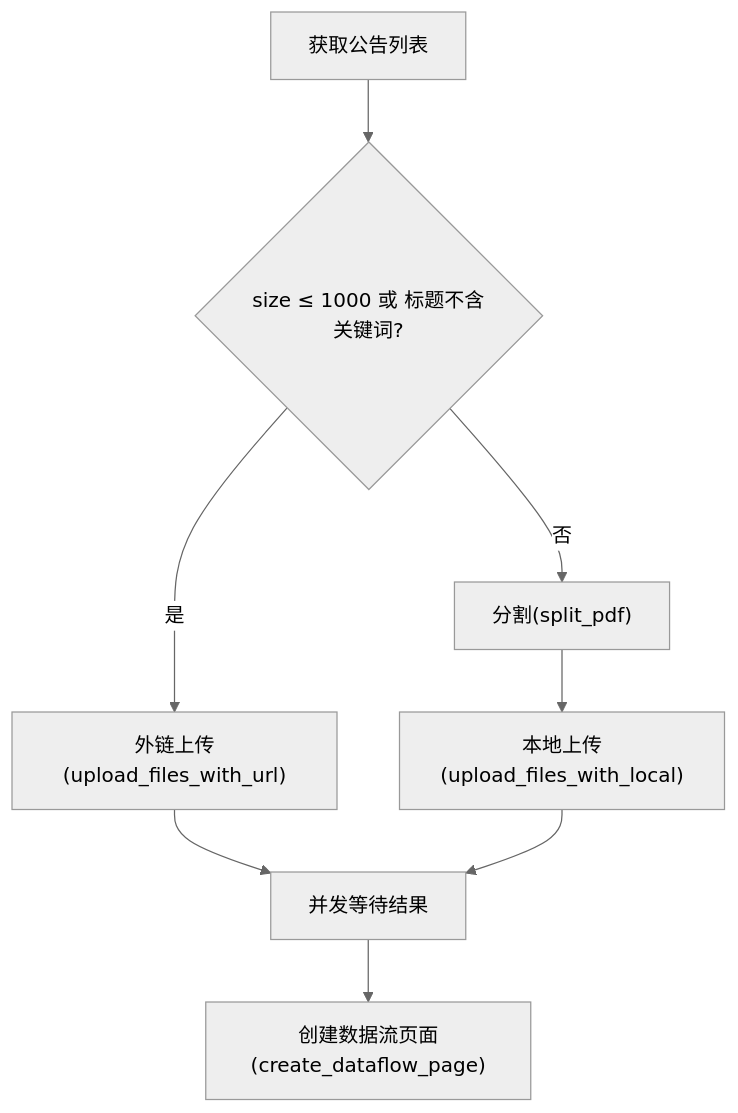
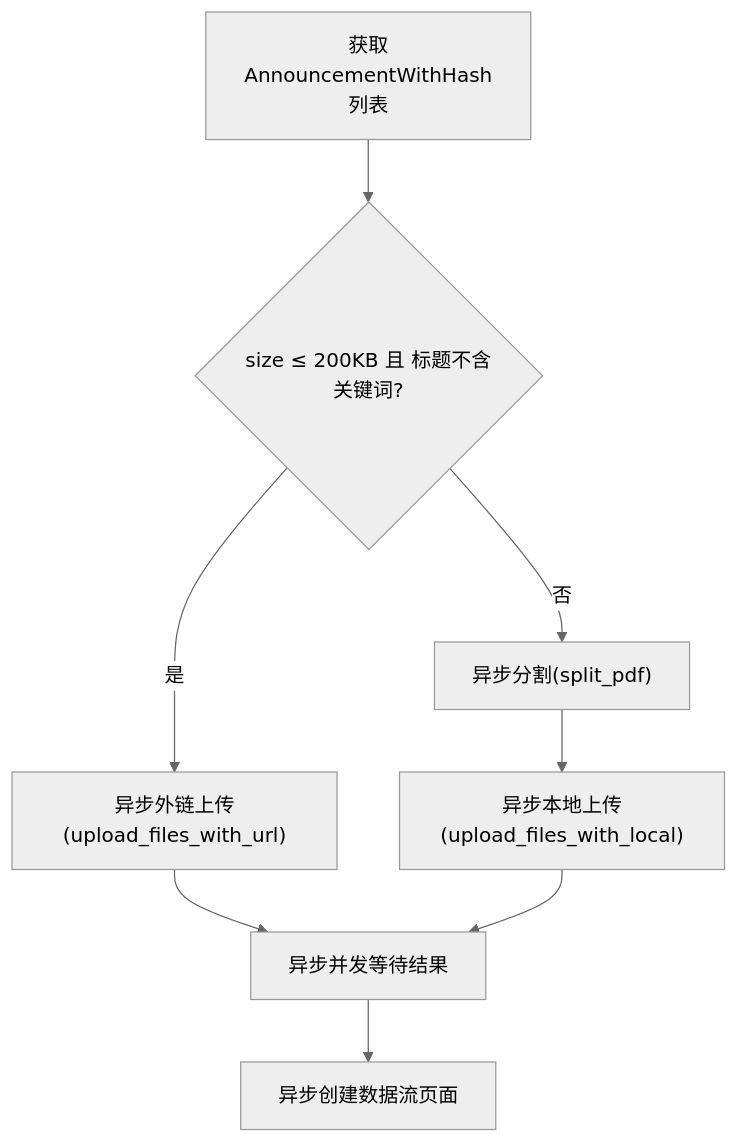
The fourth of 6 diagrams in .qoder/repowiki/zh/content/核心模块详解/PDF文件处理模块.md (iverwong/DataLife), drawn with Mermaid (neutral theme) before and after one commit. The commit also changed other lines of this file and 14 other files, not shown here.

````diff
--- a/.qoder/repowiki/zh/content/核心模块详解/PDF文件处理模块.md
+++ b/.qoder/repowiki/zh/content/核心模块详解/PDF文件处理模块.md
@@ -178,10 +244,10 @@
 ```mermaid
 flowchart TD
-A["获取公告列表"] --> B{"size ≤ 1000 或 标题不含关键词?"}
-B --> |是| C["外链上传(upload_files_with_url)"]
-B --> |否| D["分割(split_pdf)"]
-D --> E["本地上传(upload_files_with_local)"]
-C --> F["并发等待结果"]
+A["获取AnnouncementWithHash列表"] --> B{"size ≤ 200KB 且 标题不含关键词?"}
+B --> |是| C["异步外链上传(upload_files_with_url)"]
+B --> |否| D["异步分割(split_pdf)"]
+D --> E["异步本地上传(upload_files_with_local)"]
+C --> F["异步并发等待结果"]
 E --> F
-F --> G["创建数据流页面(create_dataflow_page)"]
+F --> G["异步创建数据流页面"]
 ```
````
